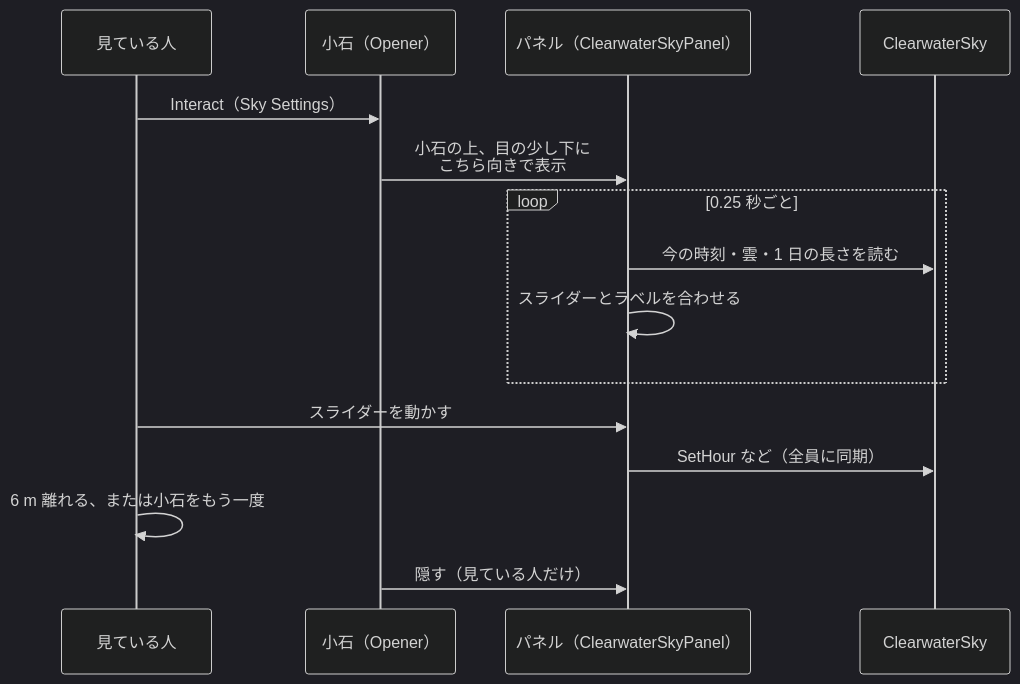
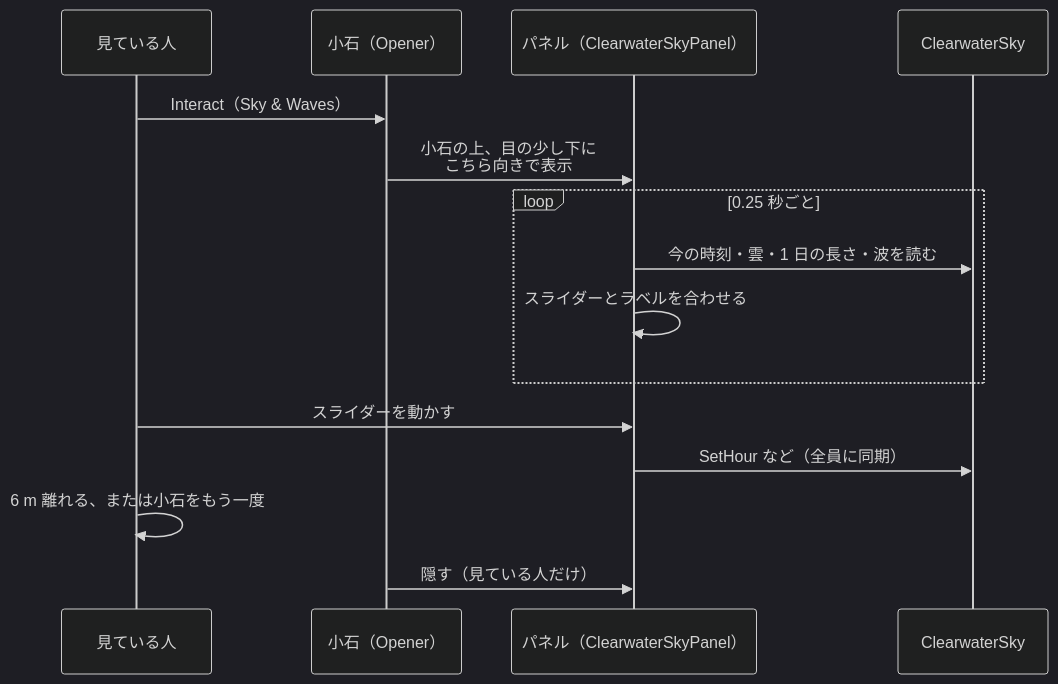
Before and after one commit to bmbb93/clearwater-vrc: diagram 11 of 11 in docs/technical.md, drawn with Mermaid (dark theme). The commit also changed other lines of this file and 9 other files, not shown here.

First line of the commit message:
Sky panel: the shore waves' height and the sea's ripples on sliders, shared like the sky (0.15.37)

````diff
--- a/docs/technical.md
+++ b/docs/technical.md
@@ -557,17 +559,17 @@
 ```mermaid
 sequenceDiagram
   participant V as 見ている人
   participant S as 小石（Opener）
   participant P as パネル（ClearwaterSkyPanel）
   participant K as ClearwaterSky
-  V->>S: Interact（Sky Settings）
+  V->>S: Interact（Sky & Waves）
   S->>P: 小石の上、目の少し下に<br/>こちら向きで表示
   loop 0.25 秒ごと
-    P->>K: 今の時刻・雲・1 日の長さを読む
+    P->>K: 今の時刻・雲・1 日の長さ・波を読む
     P->>P: スライダーとラベルを合わせる
   end
   V->>P: スライダーを動かす
   P->>K: SetHour など（全員に同期）
   V->>V: 6 m 離れる、または小石をもう一度
   S->>P: 隠す（見ている人だけ）
 ```
````
